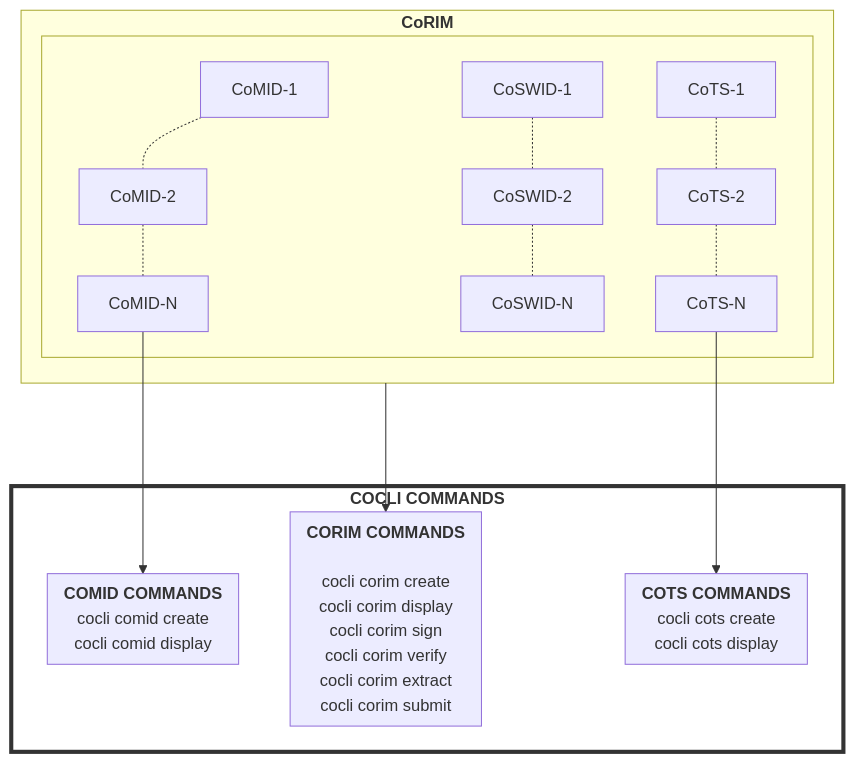
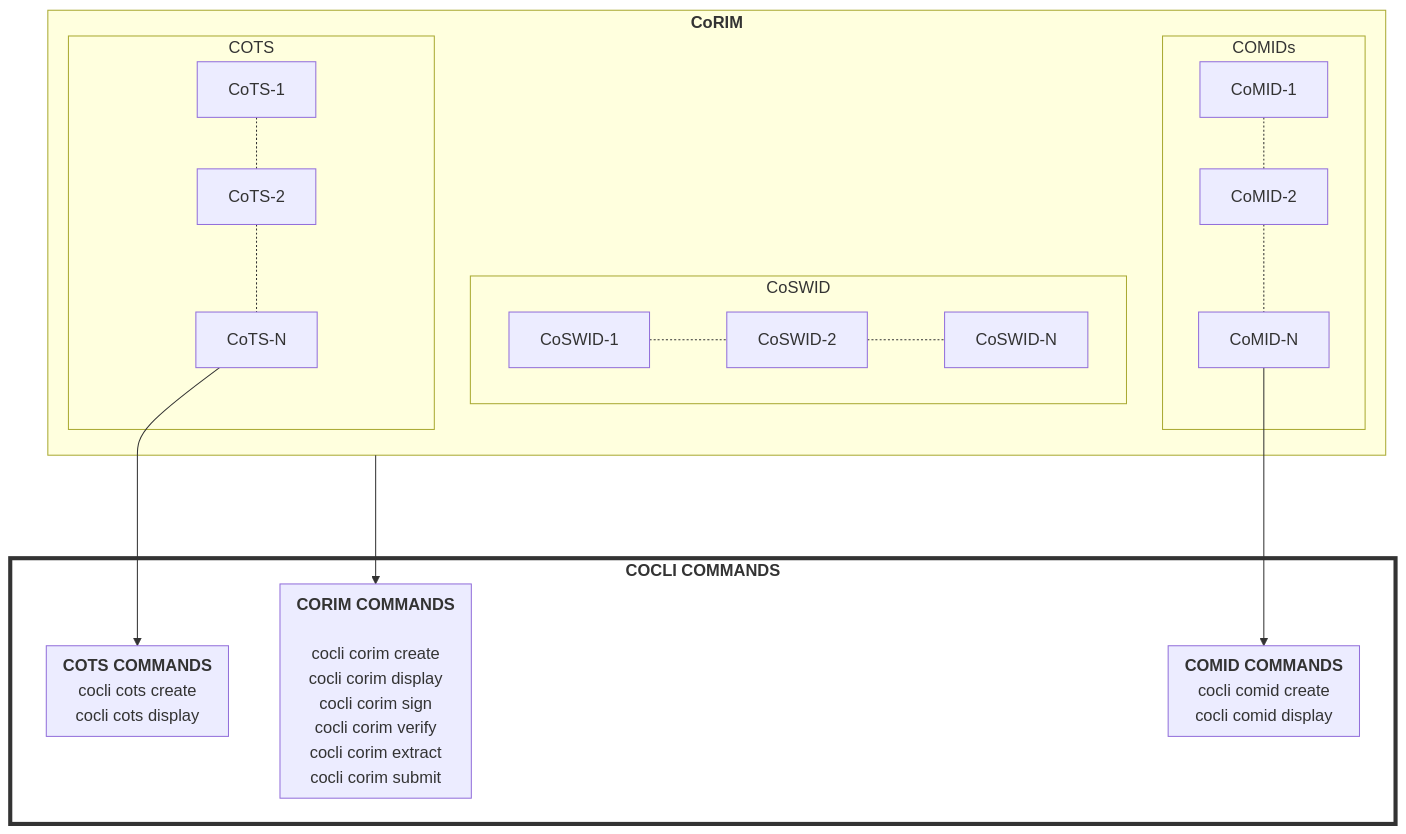
Before and after one commit to veraison/corim: the first of 2 diagrams in cocli/README.md, drawn with Mermaid.

````diff
--- a/cocli/README.md
+++ b/cocli/README.md
@@ -25,45 +25,44 @@
-``` mermaid
+```mermaid 
 flowchart TD
-    subgraph COCLI["<b>COCLI COMMANDS</b>"]
+  subgraph COCLI["<b>COCLI COMMANDS</b>"]
     style COCLI fill:#ffffff, stroke:#333,stroke-width:4px
     subgraph CORIMCMD["<b>CORIM COMMANDS</b> \n
         cocli corim create \n cocli corim display \n cocli corim sign \n cocli corim verify\n cocli corim extract\n cocli corim submit"]
     end
+    subgraph COMIDCMD["<b>COMID COMMANDS</b> \n cocli comid create \n cocli comid display"]
+    end
+
     subgraph COTSCMD["<b>COTS COMMANDS</b> \n cocli cots create \n cocli cots display"]
     end
-    subgraph COMIDCMD["<b>COMID COMMANDS</b> \n cocli comid create \n cocli comid display"]
-    end
-    end
-
-    CORIM ----> CORIMCMD
-
-    subgraph CORIM["<b>CoRIM</b>"]
-      subgraph CoMID["\n"]
+  end
+ CORIM ---> CORIMCMD
+subgraph CORIM["<b>CoRIM</b>"]
+      subgraph CoMID["COMIDs\n"]
+        CM3["CoMID-N"]
+        CM2["CoMID-2"]
         CM1["CoMID-1"]
-        CM2["CoMID-2"]
-
-        CM3["CoMID-N"]
         CM1  -.- CM2
         CM2  -.- CM3
-        CM3  ---> COMIDCMD
-    end
-    subgraph CoMID["Blank1"]
+        CM3 ---> COMIDCMD
+     end
+     
+    subgraph CoSWID["CoSWID\n"]
         CSW1["CoSWID-1"]
         CSW2["CoSWID-2"]
         CSW3["CoSWID-N"]
         CSW1  -.- CSW2
-        CSW2  -.- CSW3
-   
+        CSW2 -.- CSW3
     end
 
-    subgraph CoMID["Blank3"]
+    subgraph CoTS["COTS\n"]
         CS3["CoTS-N"]
         CS2["CoTS-2"]
         CS1["CoTS-1"]
-  
         CS1  -.- CS2
         CS2  -.- CS3
         CS3 ---> COTSCMD
     end
+
 end
+ 
 ```
````
